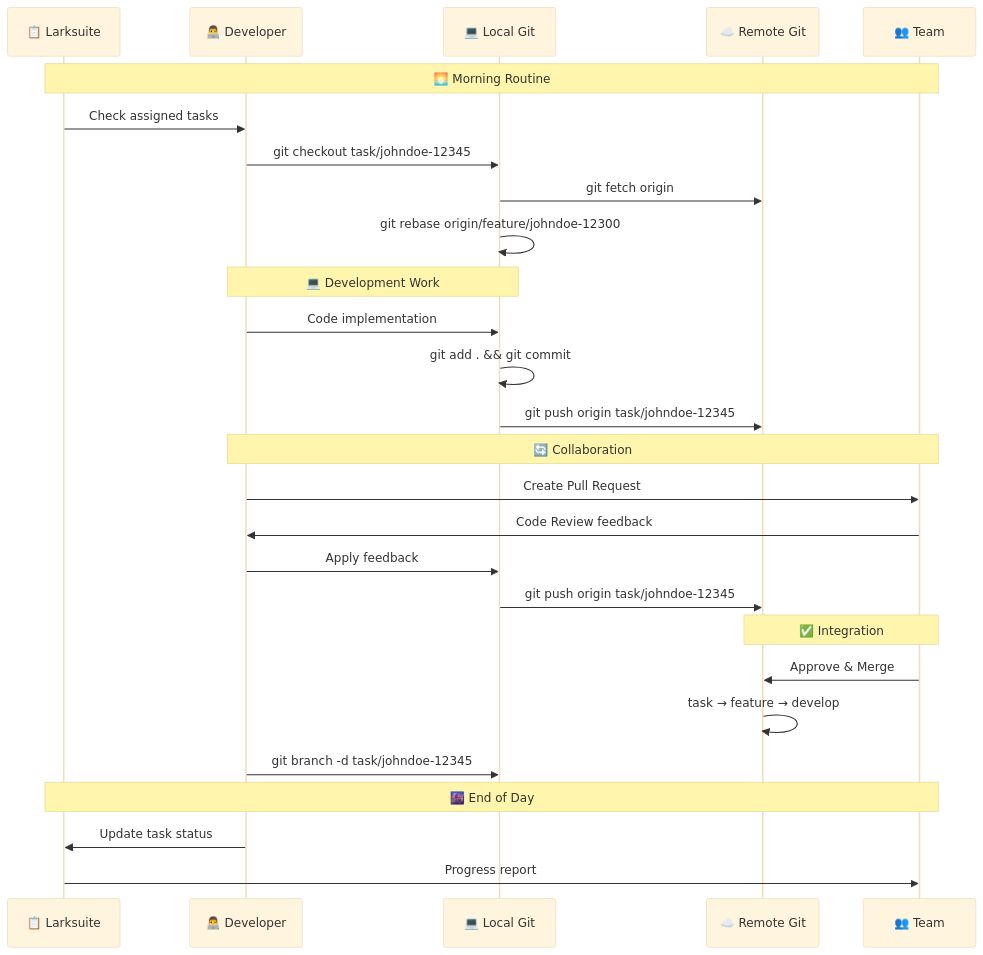
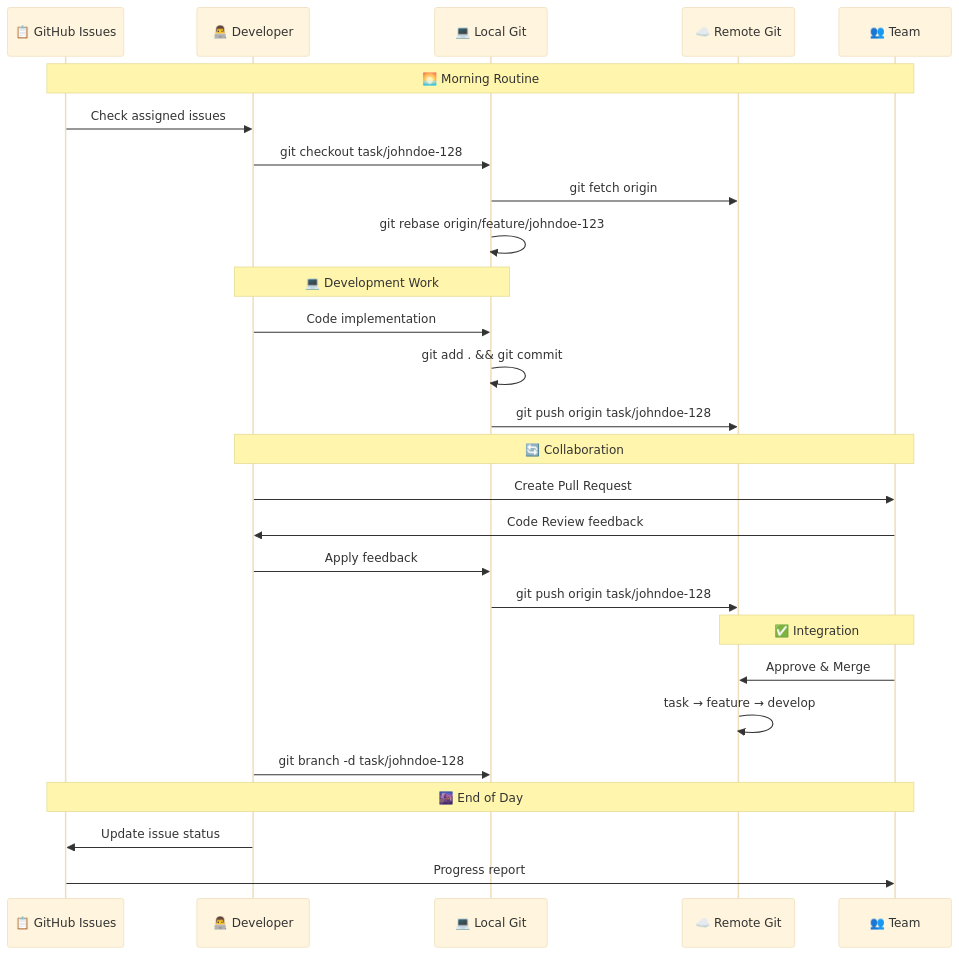
The fourth of 4 diagrams in docs/GitFlow.md (Marketing-Ai-Viet/mkt-crm), drawn with Mermaid (base theme) before and after one commit. The commit also changed other lines of this file, not shown here.

First line of the commit message:
docs: update GitFlow with project-specific scripts and tools

````diff
--- a/docs/GitFlow.md
+++ b/docs/GitFlow.md
@@ -606,39 +693,39 @@
 ```mermaid
 sequenceDiagram
-  participant LS as 📋 Larksuite
+  participant GH as 📋 GitHub Issues
   participant DEV as 👨‍💻 Developer
   participant LOCAL as 💻 Local Git
   participant REMOTE as ☁️ Remote Git
   participant TEAM as 👥 Team
 
-  Note over LS,TEAM: 🌅 Morning Routine
+  Note over GH,TEAM: 🌅 Morning Routine
 
-  LS->>DEV: Check assigned tasks
-  DEV->>LOCAL: git checkout task/johndoe-12345
+  GH->>DEV: Check assigned issues
+  DEV->>LOCAL: git checkout task/johndoe-128
   LOCAL->>REMOTE: git fetch origin
-  LOCAL->>LOCAL: git rebase origin/feature/johndoe-12300
+  LOCAL->>LOCAL: git rebase origin/feature/johndoe-123
 
   Note over DEV,LOCAL: 💻 Development Work
 
   DEV->>LOCAL: Code implementation
   LOCAL->>LOCAL: git add . && git commit
-  LOCAL->>REMOTE: git push origin task/johndoe-12345
+  LOCAL->>REMOTE: git push origin task/johndoe-128
 
   Note over DEV,TEAM: 🔄 Collaboration
 
   DEV->>TEAM: Create Pull Request
   TEAM->>DEV: Code Review feedback
   DEV->>LOCAL: Apply feedback
-  LOCAL->>REMOTE: git push origin task/johndoe-12345
+  LOCAL->>REMOTE: git push origin task/johndoe-128
 
   Note over TEAM,REMOTE: ✅ Integration
 
   TEAM->>REMOTE: Approve & Merge
   REMOTE->>REMOTE: task → feature → develop
-  DEV->>LOCAL: git branch -d task/johndoe-12345
+  DEV->>LOCAL: git branch -d task/johndoe-128
 
-  Note over LS,TEAM: 🌆 End of Day
+  Note over GH,TEAM: 🌆 End of Day
 
-  DEV->>LS: Update task status
-  LS->>TEAM: Progress report
+  DEV->>GH: Update issue status
+  GH->>TEAM: Progress report
 ```
````
